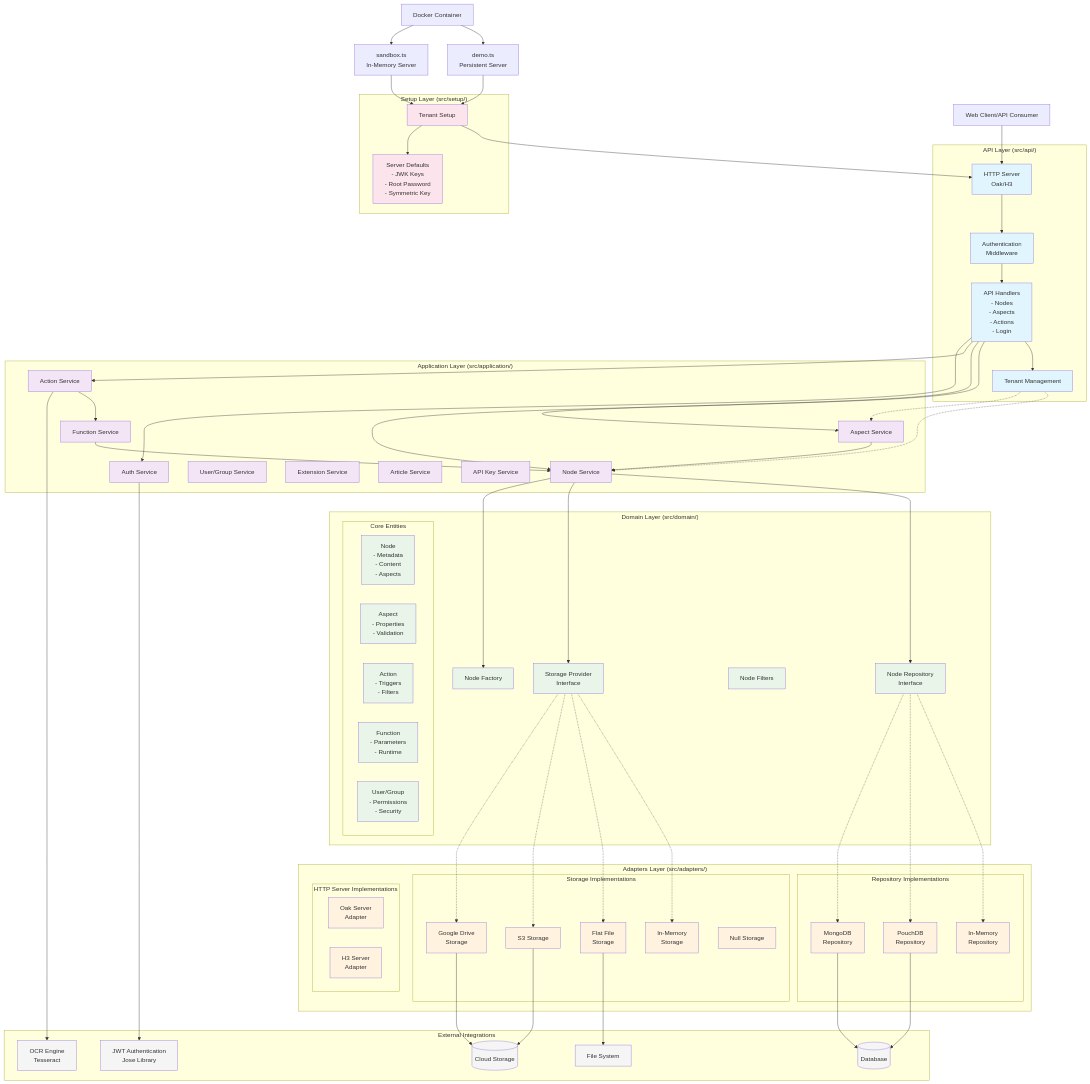
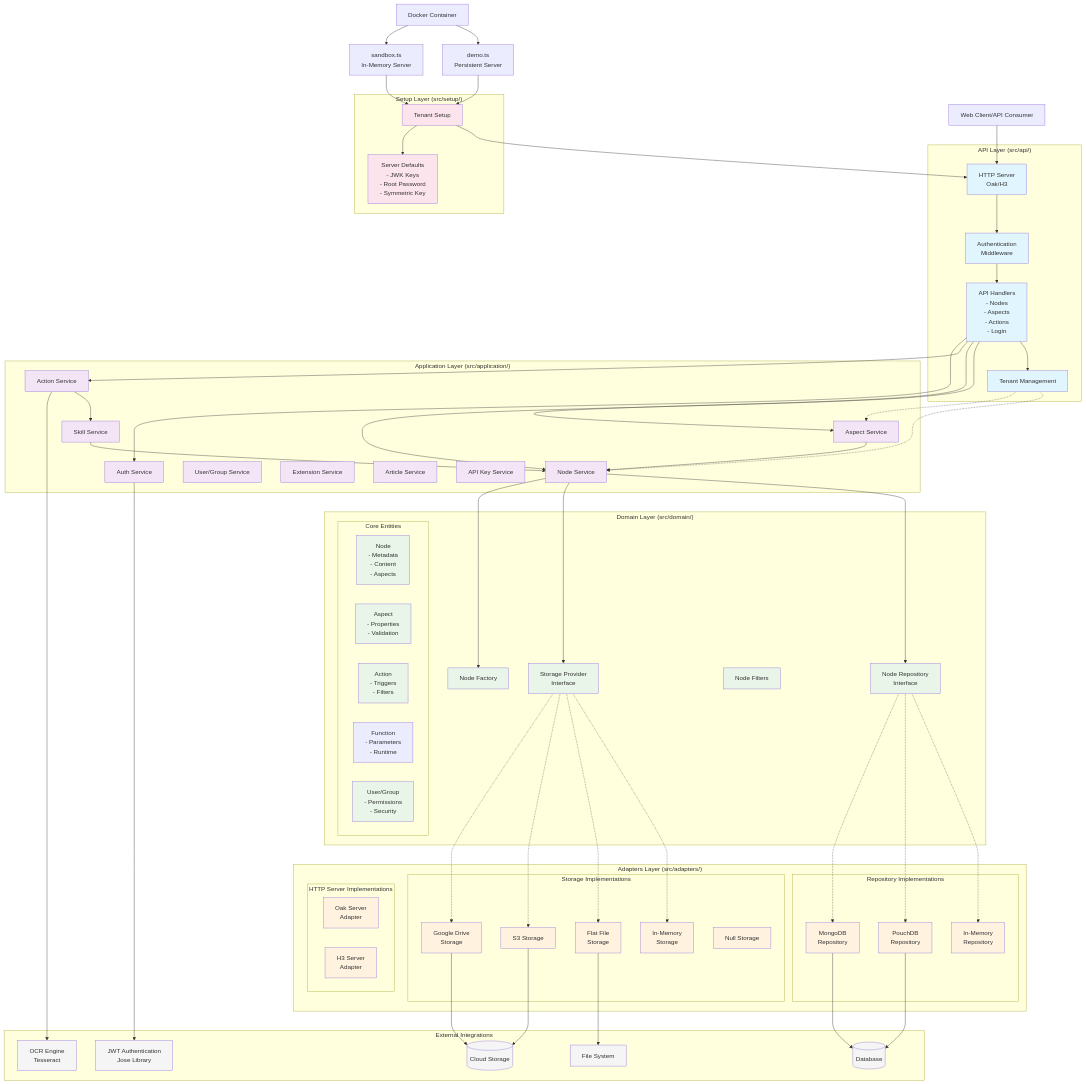
Before and after one commit to kindalus/antbox: the diagram in docs/architecture.md, drawn with Mermaid. The commit also changed other lines of this file and 4 other files, not shown here.

Commit message:
Continue rename: FunctionDTO/mapper/service -> SkillDTO/mapper/service; update tests and docs

```diff
--- a/docs/architecture.md
+++ b/docs/architecture.md
@@ -13,11 +13,11 @@
     %% External Clients
     Client[Web Client/API Consumer]
     Docker[Docker Container]
-    
+
     %% Entry Points
     Demo[demo.ts<br/>Persistent Server]
     Sandbox[sandbox.ts<br/>In-Memory Server]
-    
+
     %% API Layer
     subgraph "API Layer (src/api/)"
         HttpServer[HTTP Server<br/>Oak/H3]
@@ -25,20 +25,20 @@
         Handlers[API Handlers<br/>- Nodes<br/>- Aspects<br/>- Actions<br/>- Login]
         TenantMgmt[Tenant Management]
     end
-    
+
     %% Application Layer
     subgraph "Application Layer (src/application/)"
         NodeService[Node Service]
         AspectService[Aspect Service]
         ActionService[Action Service]
-        FunctionService[Function Service]
+        SkillService[Skill Service]
         AuthService[Auth Service]
         UserGroupService[User/Group Service]
         ExtService[Extension Service]
         ArticleService[Article Service]
         ApiKeyService[API Key Service]
     end
-    
+
     %% Domain Layer
     subgraph "Domain Layer (src/domain/)"
         subgraph "Core Entities"
@@ -48,13 +48,13 @@
             Function[Function<br/>- Parameters<br/>- Runtime]
             User[User/Group<br/>- Permissions<br/>- Security]
         end
-        
+
         NodeRepo[Node Repository<br/>Interface]
         StorageProvider[Storage Provider<br/>Interface]
         NodeFilters[Node Filters]
         NodeFactory[Node Factory]
     end
-    
+
     %% Adapters Layer
     subgraph "Adapters Layer (src/adapters/)"
         subgraph "Repository Implementations"
@@ -62,7 +62,7 @@
             PouchDB[PouchDB<br/>Repository]
             MongoDB[MongoDB<br/>Repository]
         end
-        
+
         subgraph "Storage Implementations"
             InMemStorage[In-Memory<br/>Storage]
             FlatFile[Flat File<br/>Storage]
@@ -70,19 +70,19 @@
             GoogleDrive[Google Drive<br/>Storage]
             NullStorage[Null Storage]
         end
-        
+
         subgraph "HTTP Server Implementations"
             OakAdapter[Oak Server<br/>Adapter]
             H3Adapter[H3 Server<br/>Adapter]
         end
     end
-    
+
     %% Setup & Configuration
     subgraph "Setup Layer (src/setup/)"
         TenantSetup[Tenant Setup]
         ServerDefaults[Server Defaults<br/>- JWK Keys<br/>- Root Password<br/>- Symmetric Key]
     end
-    
+
     %% External Services
     subgraph "External Integrations"
         OCR[OCR Engine<br/>Tesseract]
@@ -91,68 +91,68 @@
         Database[(Database)]
         CloudStorage[(Cloud Storage)]
     end
-    
+
     %% Connections
     Client --> HttpServer
     Docker --> Demo
     Docker --> Sandbox
-    
+
     Demo --> TenantSetup
     Sandbox --> TenantSetup
     TenantSetup --> HttpServer
-    
+
     HttpServer --> AuthMiddleware
     AuthMiddleware --> Handlers
     Handlers --> TenantMgmt
-    
+
     Handlers --> NodeService
     Handlers --> AspectService
     Handlers --> ActionService
     Handlers --> AuthService
-    
+
     NodeService --> NodeRepo
     NodeService --> StorageProvider
     NodeService --> NodeFactory
-    
+
     AspectService --> NodeService
-    ActionService --> FunctionService
-    FunctionService --> NodeService
-    
+    ActionService --> SkillService
+    SkillService --> NodeService
+
     NodeRepo -.-> InMemRepo
     NodeRepo -.-> PouchDB
     NodeRepo -.-> MongoDB
-    
+
     StorageProvider -.-> InMemStorage
     StorageProvider -.-> FlatFile
     StorageProvider -.-> S3Storage
     StorageProvider -.-> GoogleDrive
-    
+
     TenantSetup --> ServerDefaults
-    
+
     %% External connections
     PouchDB --> Database
     MongoDB --> Database
     S3Storage --> CloudStorage
     GoogleDrive --> CloudStorage
     FlatFile --> FileSystem
-    
+
     ActionService --> OCR
     AuthService --> JWT
-    
+
     %% Multi-tenancy flow
     TenantMgmt -.-> NodeService
     TenantMgmt -.-> AspectService
-    
+
     classDef apiLayer fill:#e1f5fe
     classDef appLayer fill:#f3e5f5
     classDef domainLayer fill:#e8f5e8
     classDef adapterLayer fill:#fff3e0
     classDef setupLayer fill:#fce4ec
     classDef external fill:#f5f5f5
-    
+
     class HttpServer,AuthMiddleware,Handlers,TenantMgmt apiLayer
-    class NodeService,AspectService,ActionService,FunctionService,AuthService,UserGroupService,ExtService,ArticleService,ApiKeyService appLayer
-    class Node,Aspect,Action,Function,User,NodeRepo,StorageProvider,NodeFilters,NodeFactory domainLayer
+    class NodeService,AspectService,ActionService,SkillService,AuthService,UserGroupService,ExtService,ArticleService,ApiKeyService appLayer
+    class Node,Aspect,Action,Skill,User,NodeRepo,StorageProvider,NodeFilters,NodeFactory domainLayer
     class InMemRepo,PouchDB,MongoDB,InMemStorage,FlatFile,S3Storage,GoogleDrive,OakAdapter,H3Adapter,NullStorage adapterLayer
     class TenantSetup,ServerDefaults setupLayer
     class OCR,JWT,FileSystem,Database,CloudStorage external
```
